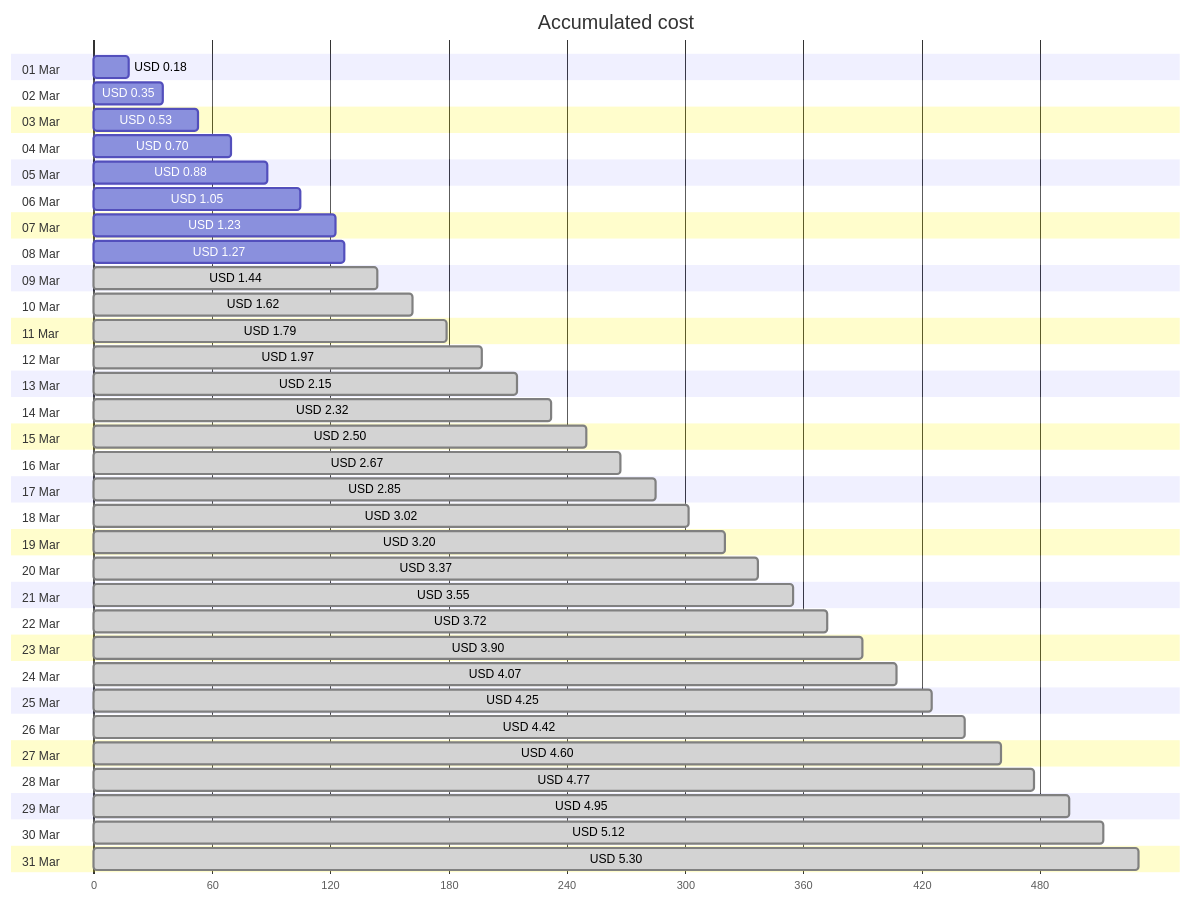
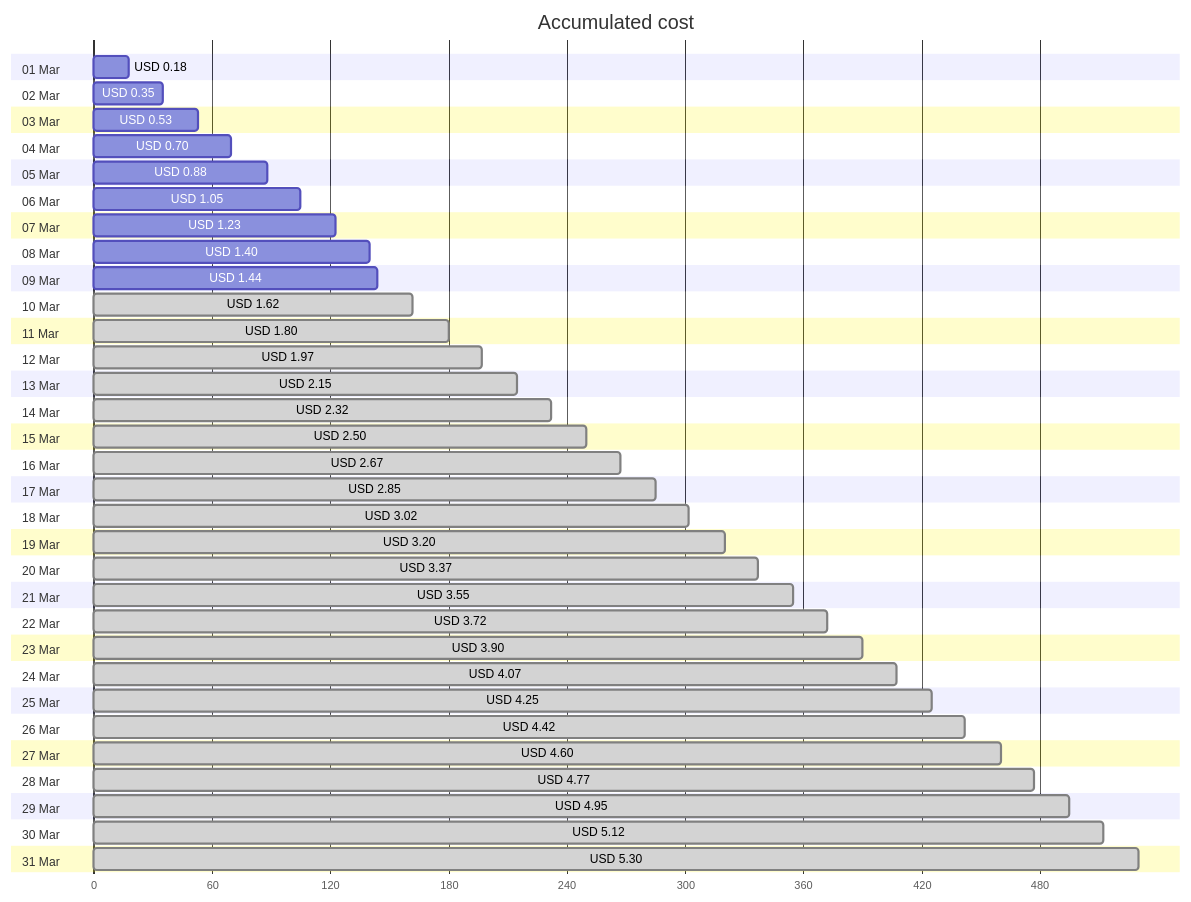
One commit to jpfulton/azure-personal-reports changed the first of 4 diagrams in cost-reports/personal-network/backup-server.md. Above: the diagram before and after it, drawn with Mermaid. The commit also changed other lines of this file and 8 other files, not shown here.

````diff
--- a/cost-reports/personal-network/backup-server.md
+++ b/cost-reports/personal-network/backup-server.md
@@ -20,68 +20,68 @@
 ```mermaid
 gantt
    title Accumulated cost
    dateFormat  X
    axisFormat %s
    section 01 Mar
    USD 0.18 :0, 18
    section 02 Mar
    USD 0.35 :0, 35
    section 03 Mar
    USD 0.53 :0, 53
    section 04 Mar
    USD 0.70 :0, 70
    section 05 Mar
    USD 0.88 :0, 88
    section 06 Mar
    USD 1.05 :0, 105
    section 07 Mar
    USD 1.23 :0, 123
    section 08 Mar
-   USD 1.27 :0, 127
+   USD 1.40 :0, 140
    section 09 Mar
-   USD 1.44 : done, 0, 144
+   USD 1.44 :0, 144
    section 10 Mar
    USD 1.62 : done, 0, 162
    section 11 Mar
-   USD 1.79 : done, 0, 179
+   USD 1.80 : done, 0, 180
    section 12 Mar
    USD 1.97 : done, 0, 197
    section 13 Mar
    USD 2.15 : done, 0, 215
    section 14 Mar
    USD 2.32 : done, 0, 232
    section 15 Mar
    USD 2.50 : done, 0, 250
    section 16 Mar
    USD 2.67 : done, 0, 267
    section 17 Mar
    USD 2.85 : done, 0, 285
    section 18 Mar
    USD 3.02 : done, 0, 302
    section 19 Mar
    USD 3.20 : done, 0, 320
    section 20 Mar
    USD 3.37 : done, 0, 337
    section 21 Mar
    USD 3.55 : done, 0, 355
    section 22 Mar
    USD 3.72 : done, 0, 372
    section 23 Mar
    USD 3.90 : done, 0, 390
    section 24 Mar
    USD 4.07 : done, 0, 407
    section 25 Mar
    USD 4.25 : done, 0, 425
    section 26 Mar
    USD 4.42 : done, 0, 442
    section 27 Mar
    USD 4.60 : done, 0, 460
    section 28 Mar
    USD 4.77 : done, 0, 477
    section 29 Mar
    USD 4.95 : done, 0, 495
    section 30 Mar
    USD 5.12 : done, 0, 512
    section 31 Mar
    USD 5.30 : done, 0, 530
 ```
````
